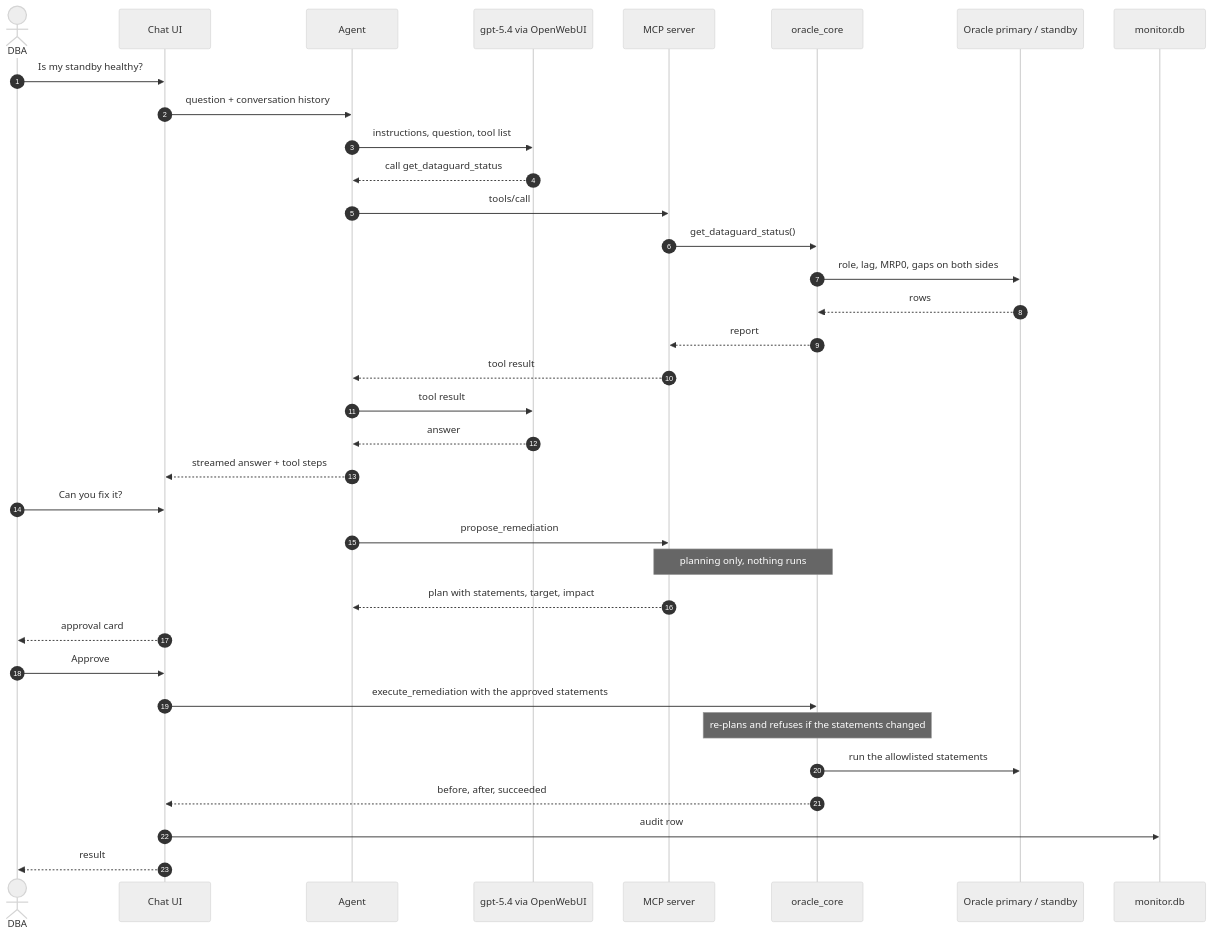
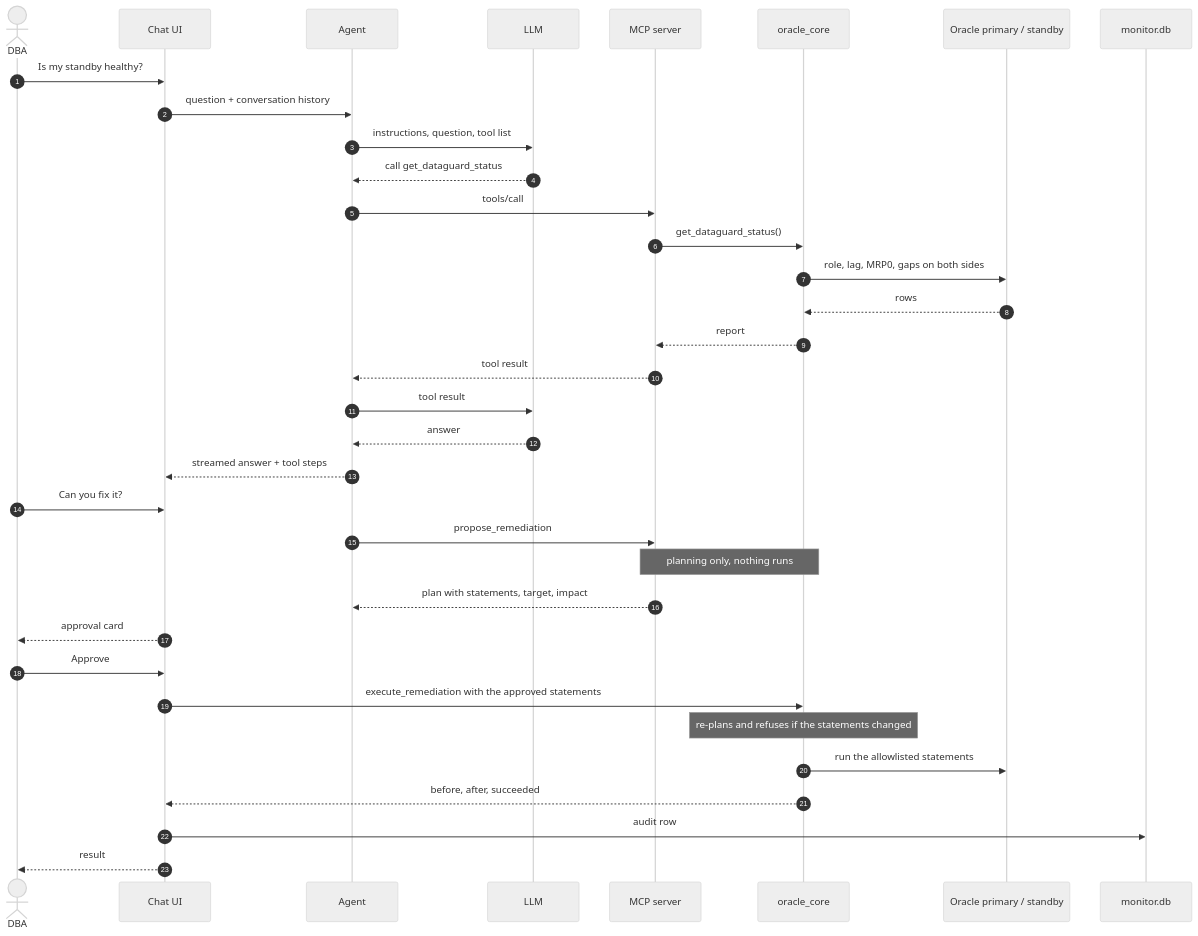
One commit to roopla/oracle-dba-pydanticai-simple changed the second of 3 diagrams in ARCHITECTURE.md. Above: the diagram before and after it, drawn with Mermaid (neutral theme). The commit also changed other lines of this file, not shown here.

First line of the commit message:
Make ARCHITECTURE.md environment-neutral

````diff
--- a/ARCHITECTURE.md
+++ b/ARCHITECTURE.md
@@ -78,38 +78,38 @@
 ```mermaid
 sequenceDiagram
     autonumber
     actor U as DBA
     participant C as Chat UI
     participant A as Agent
-    participant L as gpt-5.4 via OpenWebUI
+    participant L as LLM
     participant M as MCP server
     participant O as oracle_core
     participant DB as Oracle primary / standby
     participant S as monitor.db
 
     U->>C: Is my standby healthy?
     C->>A: question + conversation history
     A->>L: instructions, question, tool list
     L-->>A: call get_dataguard_status
     A->>M: tools/call
     M->>O: get_dataguard_status()
     O->>DB: role, lag, MRP0, gaps on both sides
     DB-->>O: rows
     O-->>M: report
     M-->>A: tool result
     A->>L: tool result
     L-->>A: answer
     A-->>C: streamed answer + tool steps
     U->>C: Can you fix it?
     A->>M: propose_remediation
     Note over M,O: planning only, nothing runs
     M-->>A: plan with statements, target, impact
     C-->>U: approval card
     U->>C: Approve
     C->>O: execute_remediation with the approved statements
     Note over O: re-plans and refuses if the statements changed
     O->>DB: run the allowlisted statements
     O-->>C: before, after, succeeded
     C->>S: audit row
     C-->>U: result
 ```
````
